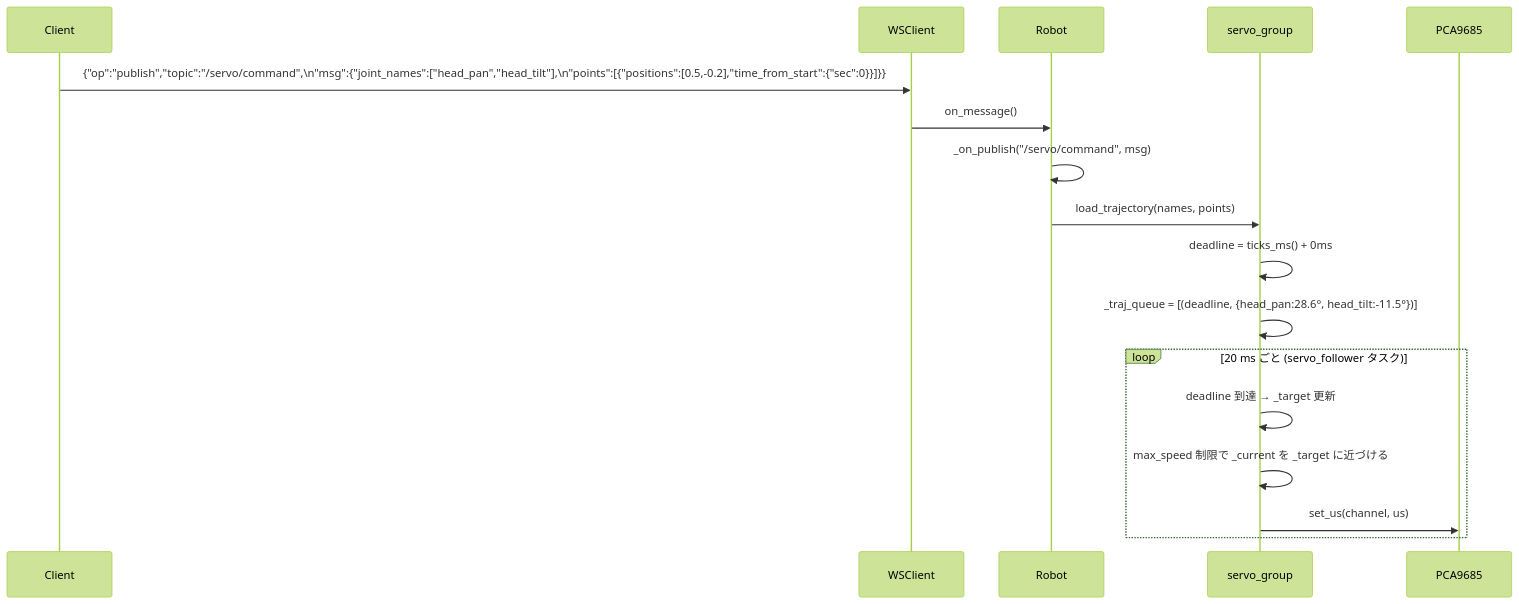
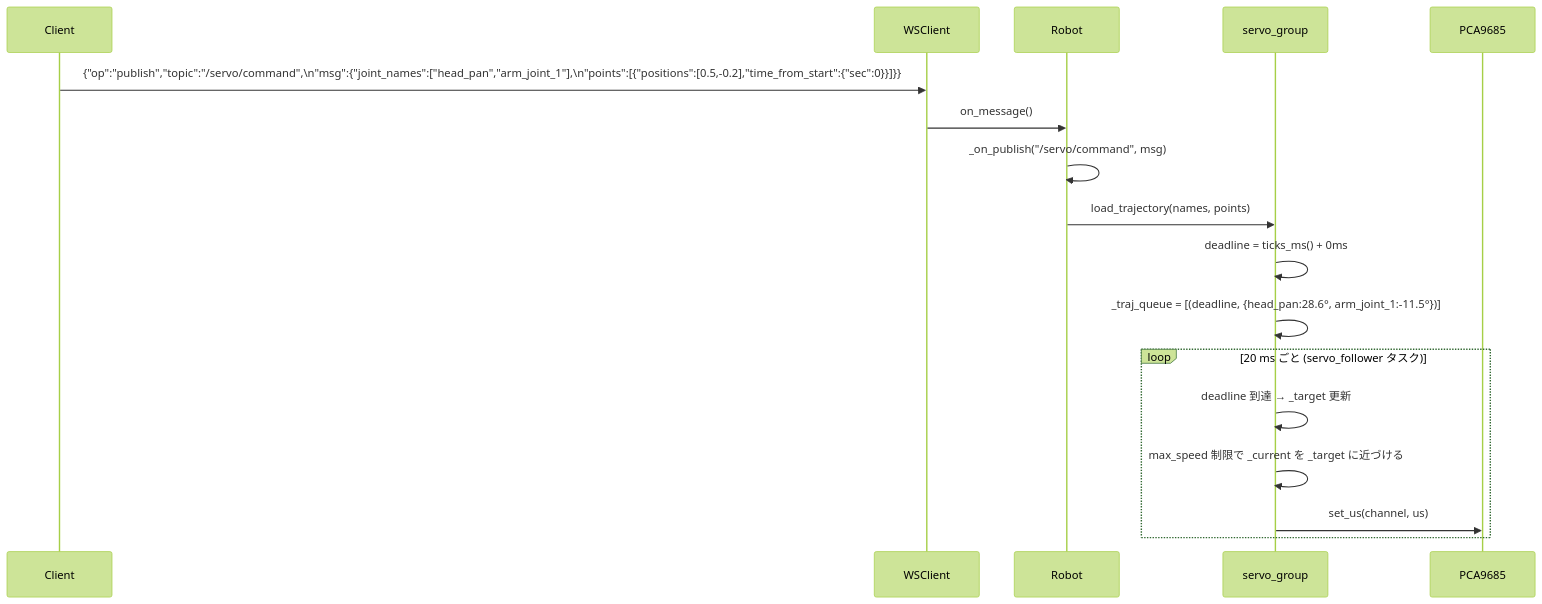
Before and after one commit to smabo-smartphone-robot/smabo-smartphone-robot.github.io: the eighth of 17 diagrams in docs/architecture/design.md, drawn with Mermaid (forest theme). The commit also changed other lines of this file and 18 other files, not shown here.

````diff
--- a/docs/architecture/design.md
+++ b/docs/architecture/design.md
@@ -305,20 +810,20 @@
 ```mermaid
 sequenceDiagram
     participant Client
     participant WSClient
     participant Robot
     participant JointGroup as servo_group
 
-    Client->>WSClient: {"op":"publish","topic":"/servo/command",\n"msg":{"joint_names":["head_pan","head_tilt"],\n"points":[{"positions":[0.5,-0.2],"time_from_start":{"sec":0}}]}}
+    Client->>WSClient: {"op":"publish","topic":"/servo/command",\n"msg":{"joint_names":["head_pan","arm_joint_1"],\n"points":[{"positions":[0.5,-0.2],"time_from_start":{"sec":0}}]}}
     WSClient->>Robot: on_message()
     Robot->>Robot: _on_publish("/servo/command", msg)
     Robot->>JointGroup: load_trajectory(names, points)
     JointGroup->>JointGroup: deadline = ticks_ms() + 0ms
-    JointGroup->>JointGroup: _traj_queue = [(deadline, {head_pan:28.6°, head_tilt:-11.5°})]
+    JointGroup->>JointGroup: _traj_queue = [(deadline, {head_pan:28.6°, arm_joint_1:-11.5°})]
 
     loop 20 ms ごと (servo_follower タスク)
         JointGroup->>JointGroup: deadline 到達 → _target 更新
         JointGroup->>JointGroup: max_speed 制限で _current を _target に近づける
         JointGroup->>PCA9685: set_us(channel, us)
     end
 ```
````
